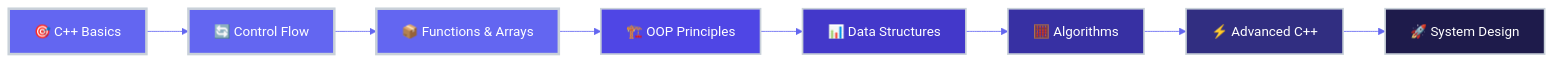
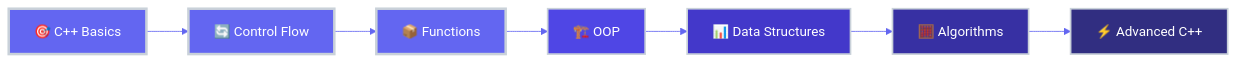
One commit to zainabgondal/zainabgondal changed the diagram in README.md. Above: the diagram before and after it, drawn with Mermaid. The commit also changed other lines of this file, not shown here.

````diff
--- a/README.md
+++ b/README.md
@@ -236,20 +224,18 @@
 ```mermaid
-%%{init: {'theme':'base', 'themeVariables': { 'primaryColor':'#6366F1','primaryTextColor':'#fff','primaryBorderColor':'#C9D1D9','lineColor':'#6366F1','secondaryColor':'#4F46E5','tertiaryColor':'#4338CA','fontSize':'16px'}}}%%
+%%{init: {'theme':'base', 'themeVariables': { 'primaryColor':'#6366F1','primaryTextColor':'#fff','primaryBorderColor':'#C9D1D9','lineColor':'#6366F1','secondaryColor':'#4F46E5','tertiaryColor':'#4338CA'}}}%%
 graph LR
     A[🎯 C++ Basics] --> B[🔄 Control Flow]
-    B --> C[📦 Functions & Arrays]
-    C --> D[🏗️ OOP Principles]
+    B --> C[📦 Functions]
+    C --> D[🏗️ OOP]
     D --> E[📊 Data Structures]
     E --> F[🧮 Algorithms]
     F --> G[⚡ Advanced C++]
-    G --> H[🚀 System Design]
     
     style A fill:#6366F1,stroke:#C9D1D9,stroke-width:3px,color:#fff
     style B fill:#6366F1,stroke:#C9D1D9,stroke-width:3px,color:#fff
     style C fill:#6366F1,stroke:#C9D1D9,stroke-width:3px,color:#fff
     style D fill:#4F46E5,stroke:#C9D1D9,stroke-width:2px,color:#fff
     style E fill:#4338CA,stroke:#C9D1D9,stroke-width:2px,color:#fff
     style F fill:#3730A3,stroke:#C9D1D9,stroke-width:2px,color:#fff
     style G fill:#312E81,stroke:#C9D1D9,stroke-width:2px,color:#fff
-    style H fill:#1E1B4B,stroke:#C9D1D9,stroke-width:2px,color:#fff
 ```
````
